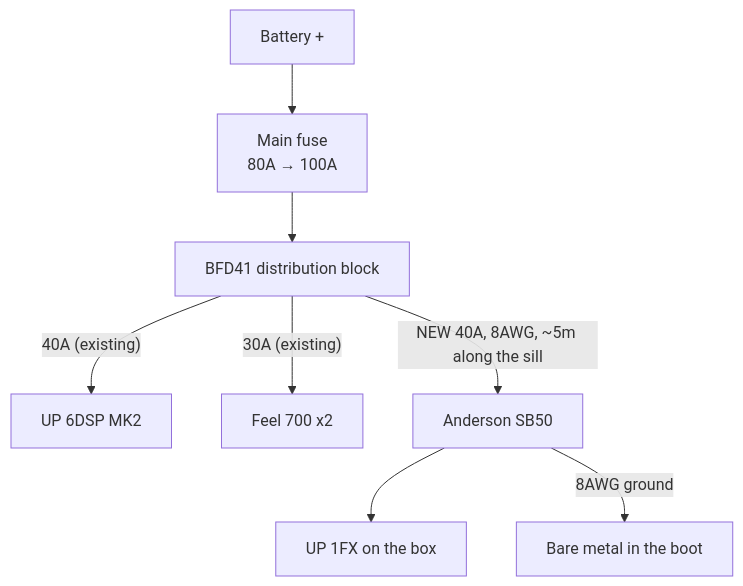
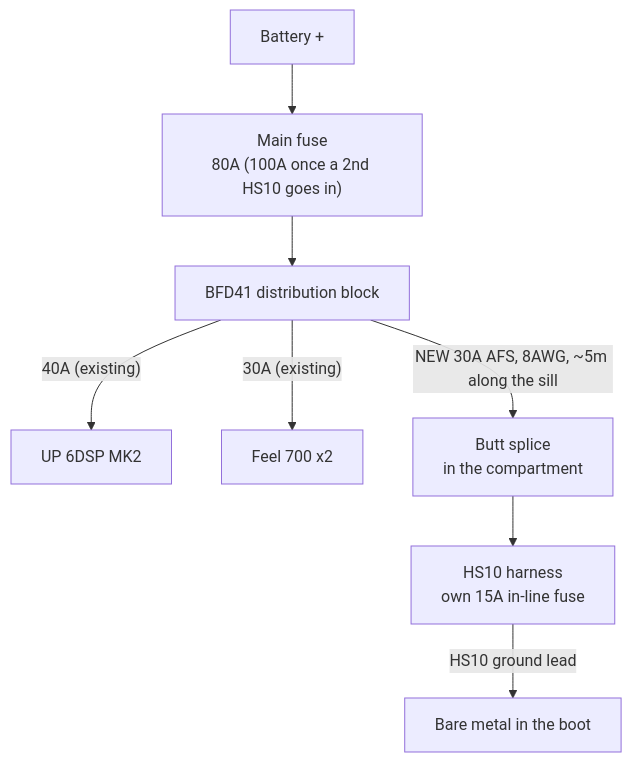
Before and after one commit to badsyntax/jimny-sound: the first of 2 diagrams in SUB-UPGRADE.md, drawn with Mermaid. The commit also changed other lines of this file and 2 other files, not shown here.

First line of the commit message:
Boot sub plan: Kicker HS10 in the boot compartment

````diff
--- a/SUB-UPGRADE.md
+++ b/SUB-UPGRADE.md
@@ -243,10 +65,10 @@
 ```mermaid
 flowchart TD
-    BAT["Battery +"] --> FFH["Main fuse<br/>80A → 100A"]
+    BAT["Battery +"] --> FFH["Main fuse<br/>80A (100A once a 2nd HS10 goes in)"]
     FFH --> BFD["BFD41 distribution block"]
     BFD -->|"40A (existing)"| AMP["UP 6DSP MK2"]
     BFD -->|"30A (existing)"| FEEL["Feel 700 x2"]
-    BFD -->|"NEW 40A, 8AWG, ~5m along the sill"| SB["Anderson SB50"]
-    SB --> FX["UP 1FX on the box"]
-    SB -->|"8AWG ground"| GND["Bare metal in the boot"]
+    BFD -->|"NEW 30A AFS, 8AWG, ~5m along the sill"| SPL["Butt splice<br/>in the compartment"]
+    SPL --> HS["HS10 harness<br/>own 15A in-line fuse"]
+    HS -->|"HS10 ground lead"| GND["Bare metal in the boot"]
 ```
````
